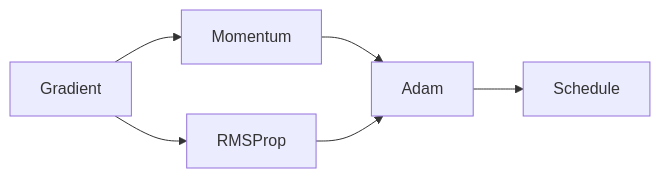
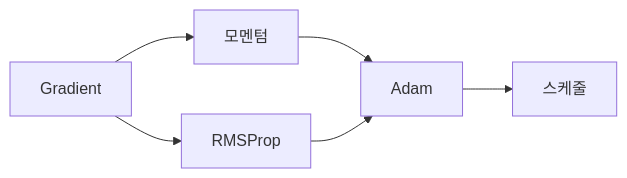
One commit to yeongseon-books/book-content changed the diagram in content/calculus-for-ml-101/ko/08-optimization.md. Above: the diagram before and after it, drawn with Mermaid. The commit also changed other lines of this file and 6 other files, not shown here.

````diff
--- a/content/calculus-for-ml-101/ko/08-optimization.md
+++ b/content/calculus-for-ml-101/ko/08-optimization.md
@@ -33,8 +49,8 @@
 ```mermaid
 flowchart LR
-    G[Gradient] --> M[Momentum]
+    G[Gradient] --> M[모멘텀]
     G --> R[RMSProp]
     M --> A[Adam]
     R --> A
-    A --> S[Schedule]
+    A --> S[스케줄]
 ```
````
